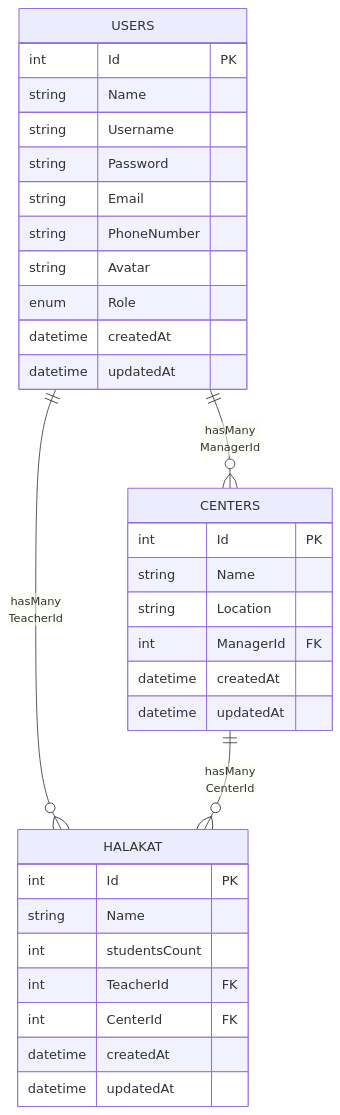
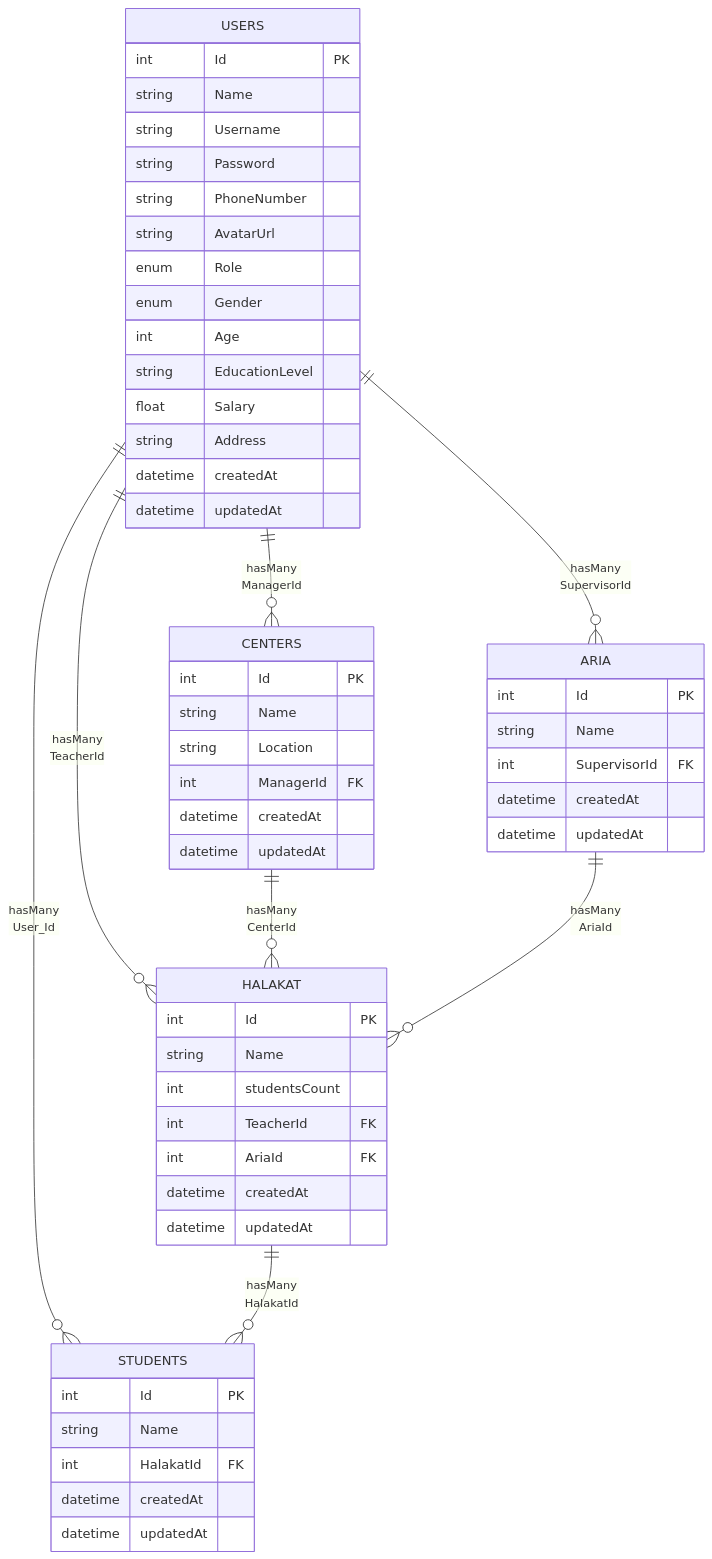
One commit to Mreng78/khirocom_project changed the second of 7 diagrams in .qoder/repowiki/en/content/Database Design/User Model.md. Above: the diagram before and after it, drawn with Mermaid. The commit also changed other lines of this file and 13 other files, not shown here.

````diff
--- a/.qoder/repowiki/en/content/Database Design/User Model.md
+++ b/.qoder/repowiki/en/content/Database Design/User Model.md
@@ -147,35 +138,57 @@
 ```mermaid
 erDiagram
 USERS {
 int Id PK
 string Name
 string Username
 string Password
-string Email
 string PhoneNumber
-string Avatar
+string AvatarUrl
 enum Role
+enum Gender
+int Age
+string EducationLevel
+float Salary
+string Address
 datetime createdAt
 datetime updatedAt
 }
 CENTERS {
 int Id PK
 string Name
 string Location
 int ManagerId FK
 datetime createdAt
 datetime updatedAt
 }
 HALAKAT {
 int Id PK
 string Name
 int studentsCount
 int TeacherId FK
-int CenterId FK
+int AriaId FK
+datetime createdAt
+datetime updatedAt
+}
+ARIA {
+int Id PK
+string Name
+int SupervisorId FK
+datetime createdAt
+datetime updatedAt
+}
+STUDENTS {
+int Id PK
+string Name
+int HalakatId FK
 datetime createdAt
 datetime updatedAt
 }
 USERS ||--o{ CENTERS : "hasMany<br/>ManagerId"
 USERS ||--o{ HALAKAT : "hasMany<br/>TeacherId"
+USERS ||--o{ ARIA : "hasMany<br/>SupervisorId"
+USERS ||--o{ STUDENTS : "hasMany<br/>User_Id"
 CENTERS ||--o{ HALAKAT : "hasMany<br/>CenterId"
+HALAKAT ||--o{ STUDENTS : "hasMany<br/>HalakatId"
+ARIA ||--o{ HALAKAT : "hasMany<br/>AriaId"
 ```
````
